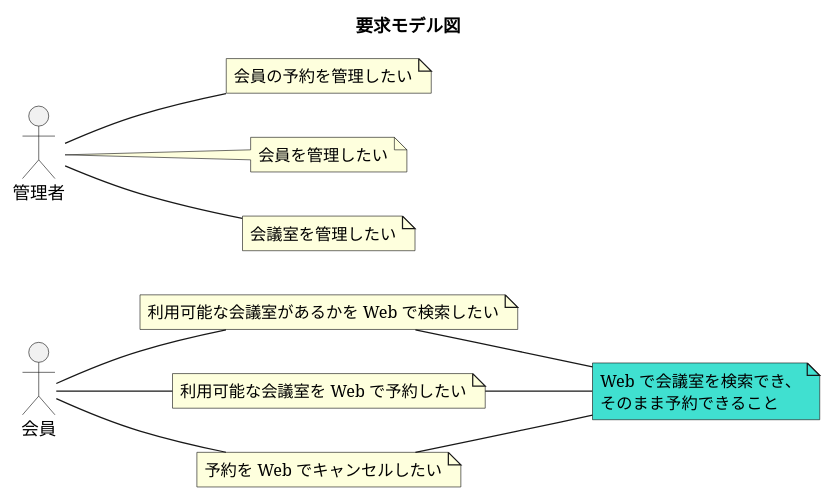
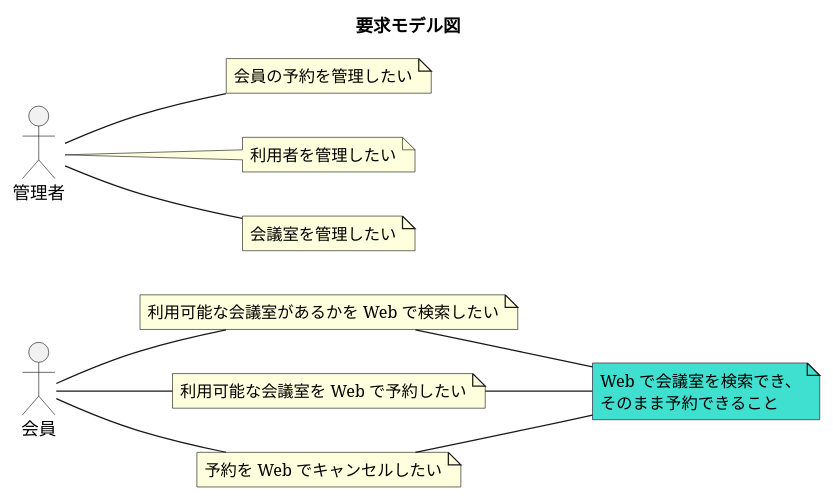
The second of 20 diagrams in docs/index.adoc (k2works/case-study-mrs), drawn with PlantUML before and after one commit. The commit also changed other lines of this file and 2 other files, not shown here.

```diff
--- a/docs/index.adoc
+++ b/docs/index.adoc
@@ -65,34 +65,34 @@
 [plantuml]
 ----
 @startuml
 
 title 要求モデル図
 
 left to right direction
 
 actor 会員 as ac_01
 note "利用可能な会議室があるかを Web で検索したい" as k_r1
 note "利用可能な会議室を Web で予約したい" as k_r2
 note "予約を Web でキャンセルしたい" as k_r6
 note as k_dr1 #Turquoise
   Web で会議室を検索でき、
   そのまま予約できること
 end note
 ac_01 -- k_r1
 ac_01 -- k_r2
 ac_01 -- k_r6
 k_r1 -- k_dr1
 k_r2 -- k_dr1
 k_r6 -- k_dr1
 
 actor 管理者 as ac_02
 note "会員の予約を管理したい" as k_r3
-note "会員を管理したい" as k_r4
+note "利用者を管理したい" as k_r4
 note "会議室を管理したい" as k_r5
 ac_02 -- k_r3
 ac_02 -- k_r4
 ac_02 -- k_r5
 
 @enduml
 
 ----
```
